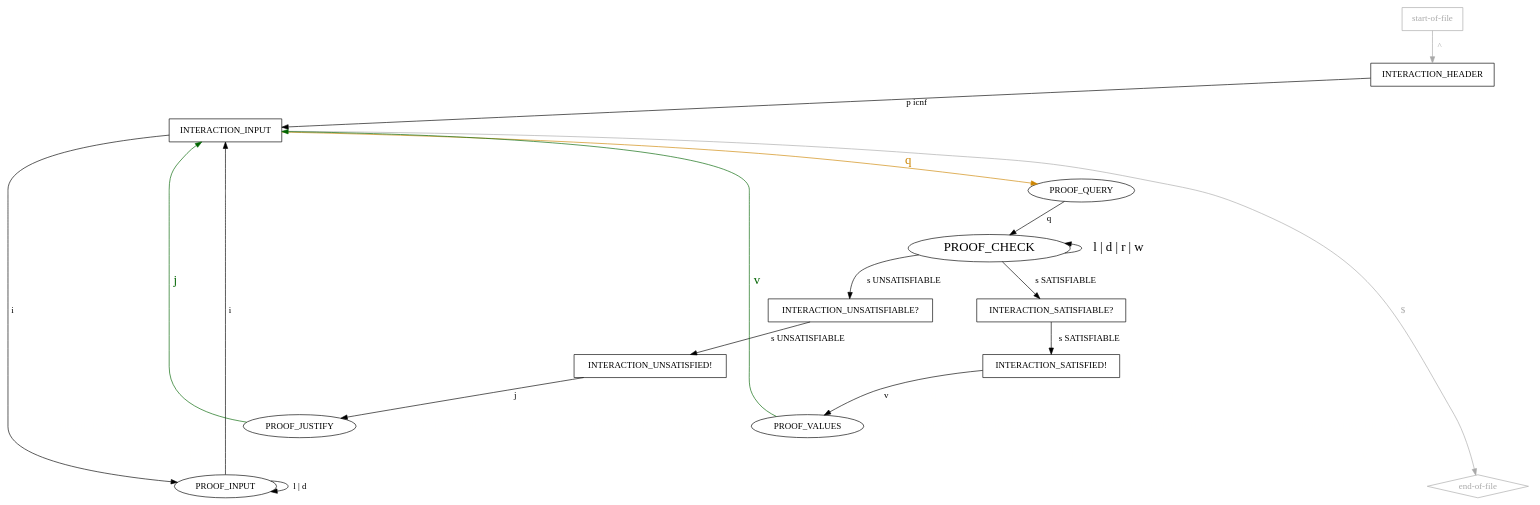
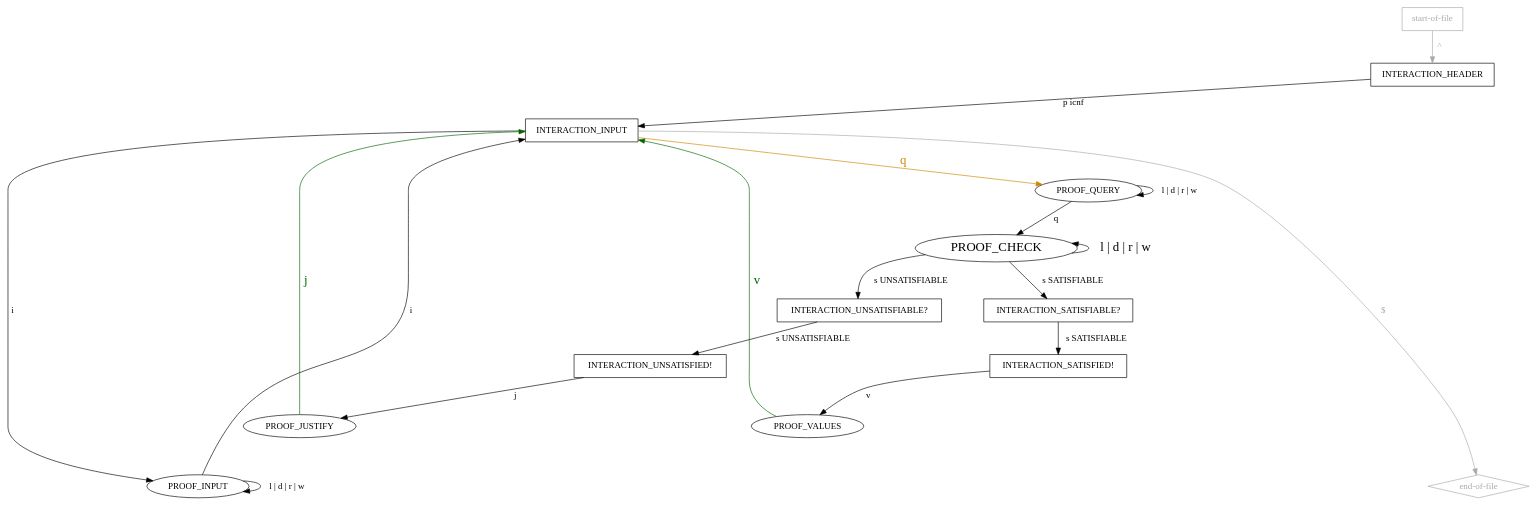
One commit to arminbiere/lidrup-check changed the diagram in idrup-check-pedantic.dot. Above: the diagram before and after it, drawn with Graphviz. The commit also changed 3 other files, not shown here.

```diff
--- a/idrup-check-pedantic.dot
+++ b/idrup-check-pedantic.dot
@@ -1,73 +1,74 @@
 digraph "idrup-check" {
 
   "start-of-file" [shape=box,color=darkgray,fontcolor=darkgray];
   "start-of-file" -> INTERACTION_HEADER [label=" ^ ",weight=2,color=darkgray,fontcolor=darkgray];
 
   "end-of-file" [shape=diamond,color=darkgray,fontcolor=darkgray];
 
   // INTERACTION_HEADER -> "end-of-file";
   // INTERACTION_INPUT -> "end-of-file";
    "end-of-file" -> INTERACTION_HEADER [label="$    ",dir=back,color=darkgray,style=invis];
    "end-of-file" -> INTERACTION_INPUT [label="$    ",dir=back,color=darkgray,fontcolor=darkgray];
 
   INTERACTION_HEADER [shape=box];
   INTERACTION_HEADER -> PROOF_INPUT [label=" i ",style=invis];
   INTERACTION_HEADER -> PROOF_QUERY [label=" q ",color=invis,fontsize=20,fontcolor=invis];
   INTERACTION_HEADER -> INTERACTION_INPUT [label=" p icnf ",weight=2];
 
   INTERACTION_INPUT [shape=box];
   INTERACTION_INPUT -> PROOF_INPUT [label=" i ",weight=2];
   INTERACTION_INPUT -> PROOF_QUERY [label=" q ",weight=2,color=orange3,fontsize=20,fontcolor=orange3];
 
-  PROOF_INPUT -> INTERACTION_INPUT [label=" i ",weight=3];
-  PROOF_INPUT -> PROOF_INPUT [label=" l | d "];
+  PROOF_INPUT -> INTERACTION_INPUT [label=" i "];
+  PROOF_INPUT -> PROOF_INPUT [label=" l | d | r | w "];
 
   PROOF_QUERY -> PROOF_CHECK [label=" q "];
+  PROOF_QUERY -> PROOF_QUERY [label=" l | d | r | w "];
 
   PROOF_CHECK [fontsize=20];
   PROOF_CHECK -> PROOF_CHECK [label=" l | d | r | w ",dir=back,fontsize=20];
   PROOF_CHECK -> INTERACTION_SATISFIABLE [label=" s SATISFIABLE "];
   PROOF_CHECK -> INTERACTION_UNSATISFIABLE [label=" s UNSATISFIABLE "];
 
   INTERACTION_UNSATISFIABLE [shape="box",label="INTERACTION_UNSATISFIABLE?"];
   INTERACTION_UNSATISFIABLE -> INTERACTION_UNSATISFIED [label=" s UNSATISFIABLE "];
 
   INTERACTION_SATISFIABLE [shape="box",label="INTERACTION_SATISFIABLE?"];
   INTERACTION_SATISFIABLE -> INTERACTION_SATISFIED [label=" s SATISFIABLE "];
 
   INTERACTION_SATISFIED [shape=box,label="INTERACTION_SATISFIED!"];
   INTERACTION_SATISFIED -> PROOF_VALUES [label=" v "];
   INTERACTION_SATISFIED -> PROOF_INPUT_OR_VALUES [label=" i ",color=invis,fontcolor=invis];
   INTERACTION_SATISFIED -> PROOF_QUERY_OR_VALUES [label=" q ", color=invis,fontsize=20,fontcolor=invis];
   INTERACTION_SATISFIED -> PROOF_VALUES_AND_END [label=" $ ",color=invis,fontcolor=invis];
 
   INTERACTION_UNSATISFIED [shape=box,label="INTERACTION_UNSATISFIED!"];
   INTERACTION_UNSATISFIED -> PROOF_JUSTIFY [label=" j "];
   INTERACTION_UNSATISFIED -> PROOF_INPUT_OR_JUSTIFY [label=" i ",color=invis,fontcolor=invis];
   INTERACTION_UNSATISFIED -> PROOF_QUERY_OR_JUSTIFY [label=" q ",color=invis,fontsize=20,fontcolor=invis];
   INTERACTION_UNSATISFIED -> PROOF_JUSTIFY_AND_END [label=" $ ",color=invis,fontcolor=invis];
 
   PROOF_VALUES_AND_END [color=invis,fontcolor=invis]
   PROOF_VALUES_AND_END -> "end-of-file" [label=" v ",color=invis,fontsize=20,fontcolor=invis];
   PROOF_JUSTIFY_AND_END [color=invis,fontcolor=invis]
   PROOF_JUSTIFY_AND_END -> "end-of-file" [label=" j ",color=invis,fontsize=20,fontcolor=invis];
 
   PROOF_VALUES -> INTERACTION_INPUT [label=" v ",color=darkgreen,fontsize=20,fontcolor=darkgreen];
   PROOF_JUSTIFY -> INTERACTION_INPUT [label=" j ",color=darkgreen,fontsize=20,fontcolor=darkgreen];
 
   PROOF_INPUT_OR_VALUES [color=invis,fontcolor=invis];
   PROOF_INPUT_OR_VALUES -> INTERACTION_INPUT [label=" i ",color=invis,fontcolor=invis];
   PROOF_INPUT_OR_VALUES -> PROOF_INPUT [label=" v ", color=invis,fontcolor=invis,fontsize=20];
 
   PROOF_QUERY_OR_VALUES [color=invis,fontcolor=invis];
   PROOF_QUERY_OR_VALUES -> PROOF_QUERY [label=" v ",color=invis,fontcolor=invis,fontsize=20];
   PROOF_QUERY_OR_VALUES -> PROOF_CHECK [label=" q ",color=invis,fontcolor=invis];
 
   PROOF_QUERY_OR_JUSTIFY [color=invis,fontcolor=invis];
   PROOF_QUERY_OR_JUSTIFY -> PROOF_QUERY [label=" j ",color=invis,fontcolor=invis,fontsize=20];
   PROOF_QUERY_OR_JUSTIFY -> PROOF_CHECK [label=" q ",color=invis,fontcolor=invis];
 
   PROOF_INPUT_OR_JUSTIFY [color=invis,fontcolor=invis];
   PROOF_INPUT_OR_JUSTIFY -> PROOF_INPUT [label=" j ",color=invis,fontcolor=invis,fontsize=20];
   PROOF_INPUT_OR_JUSTIFY -> INTERACTION_INPUT [label=" i ",color=invis,fontcolor=invis];
 }
```
